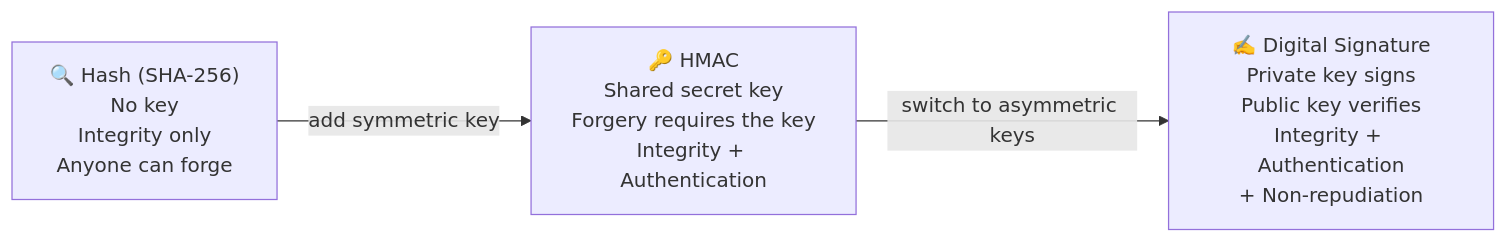
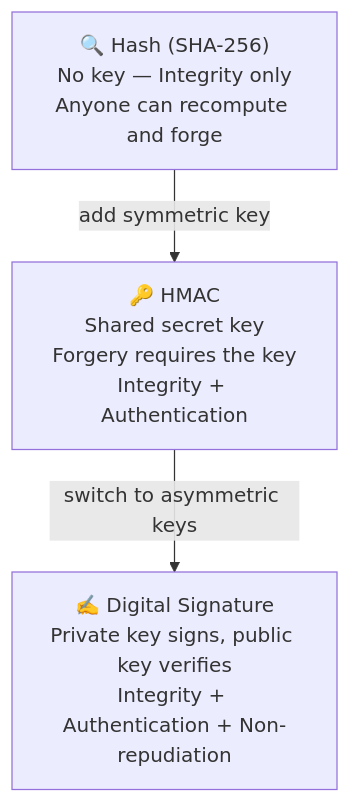
The third of 4 diagrams in src/main/java/security/mac/README.md (csoares/SecurityJava), drawn with Mermaid before and after one commit. The commit also changed other lines of this file and 23 other files, not shown here.

Commit message:
Refine README diagrams and descriptions for clarity and accuracy

````diff
--- a/src/main/java/security/mac/README.md
+++ b/src/main/java/security/mac/README.md
@@ -55,8 +55,8 @@
 ```mermaid
-flowchart LR
-    HS["🔍 Hash (SHA-256)\nNo key\nIntegrity only\nAnyone can forge"]
-    HM["🔑 HMAC\nShared secret key\nForgery requires the key\nIntegrity + Authentication"]
-    DS["✍️ Digital Signature\nPrivate key signs\nPublic key verifies\nIntegrity + Authentication\n+ Non-repudiation"]
+flowchart TD
+    HS["🔍 Hash (SHA-256)<br/>No key — Integrity only<br/>Anyone can recompute and forge"]
+    HM["🔑 HMAC<br/>Shared secret key<br/>Forgery requires the key<br/>Integrity + Authentication"]
+    DS["✍️ Digital Signature<br/>Private key signs, public key verifies<br/>Integrity + Authentication + Non-repudiation"]
     HS -->|"add symmetric key"| HM
     HM -->|"switch to asymmetric keys"| DS
 ```
````
